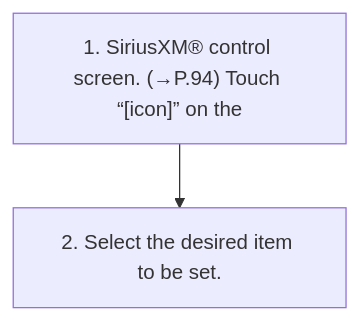
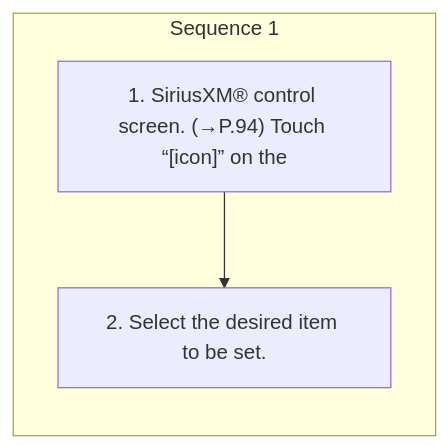
The diagram in workspace/subaru/outback-2026/ivi/published/audio/13-setting-the-siriusxm.md (Chieko-Y/my-spec-generator), drawn with Mermaid before and after one commit. The commit also changed other lines of this file and 268 other files, not shown here.

````diff
--- a/workspace/subaru/outback-2026/ivi/published/audio/13-setting-the-siriusxm.md
+++ b/workspace/subaru/outback-2026/ivi/published/audio/13-setting-the-siriusxm.md
@@ -17,6 +17,9 @@
 ```mermaid
 flowchart TD
-    S1["1. SiriusXM® control screen. (→P.94) Touch “[icon]” on the"]
-    S2["2. Select the desired item to be set."]
-    S1 --> S2
+    subgraph SEQ1["Sequence 1"]
+    direction TB
+    S1_1["1. SiriusXM® control screen. (→P.94) Touch “[icon]” on the"]
+    S1_2["2. Select the desired item to be set."]
+    S1_1 --> S1_2
+    end
 ```
````
